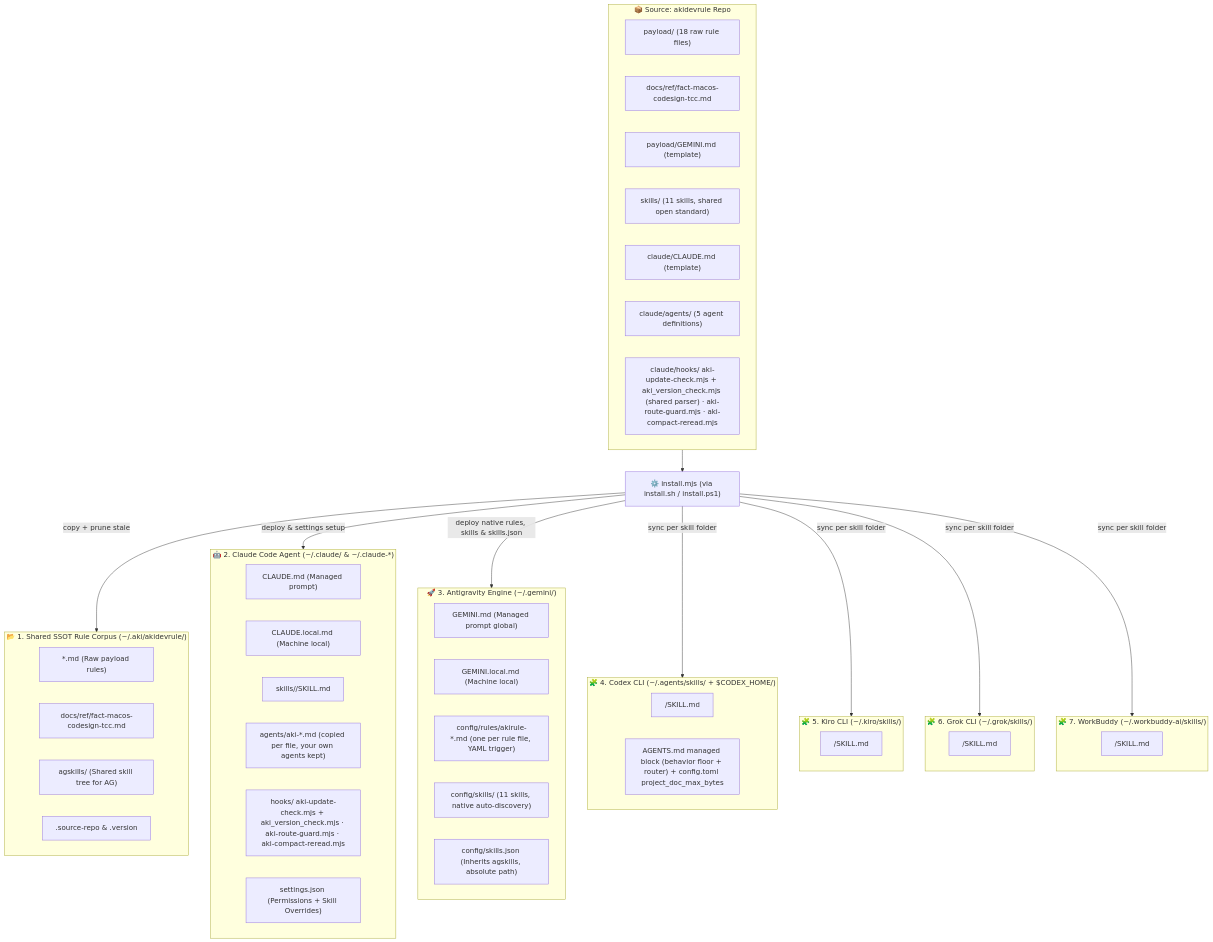
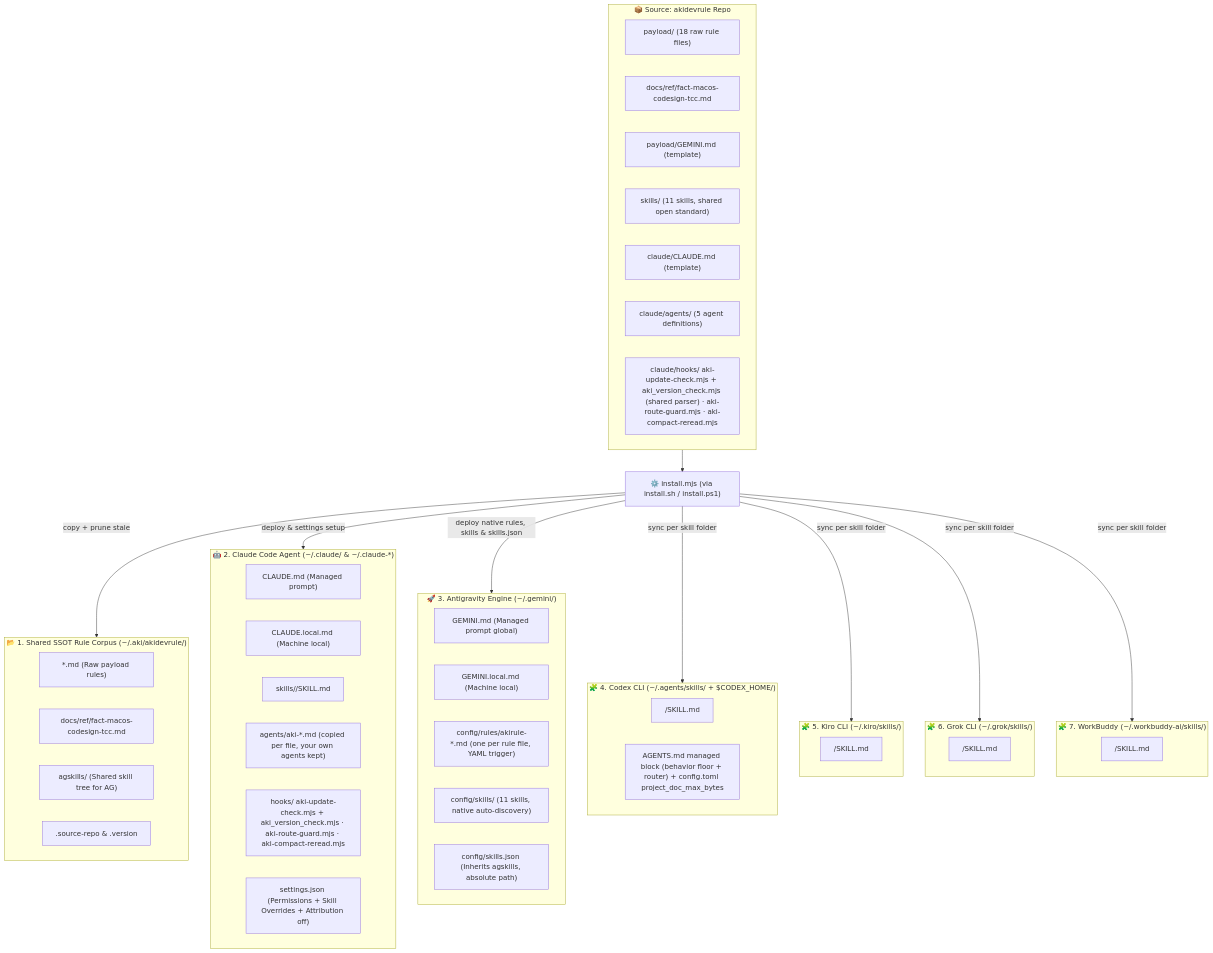
One commit to lacvietanh/akidevrule changed the diagram in README.md. Above: the diagram before and after it, drawn with Mermaid. The commit also changed other lines of this file and 10 other files, not shown here.

First line of the commit message:
feat(install): Claude Code commit and PR attribution turned off by the installer; agent.B4 shrinks to a residual, B7 attribution row dropped; records for the whole accumulation

````diff
--- a/README.md
+++ b/README.md
@@ -258,65 +263,65 @@
 ```mermaid
 flowchart TD
     subgraph SRC["📦 Source: akidevrule Repo"]
         PAYLOAD["payload/ (18 raw rule files)"]
         TCCREF["docs/ref/fact-macos-codesign-tcc.md"]
         PGEMINI["payload/GEMINI.md (template)"]
         CSKILLS["skills/ (11 skills, shared open standard)"]
         CCLAUDE["claude/CLAUDE.md (template)"]
         CAGENTS["claude/agents/ (5 agent definitions)"]
         CHOOKS["claude/hooks/ aki-update-check.mjs + aki_version_check.mjs (shared parser) · aki-route-guard.mjs · aki-compact-reread.mjs"]
     end
 
     INSTALL["⚙️ install.mjs (via install.sh / install.ps1)"]
     SRC --> INSTALL
 
     %% TARGET 1: ~/.aki/akidevrule/
     subgraph T1["📂 1. Shared SSOT Rule Corpus (~/.aki/akidevrule/)"]
         R_CORPUS["*.md (Raw payload rules)"]
         R_TCC["docs/ref/fact-macos-codesign-tcc.md"]
         R_AGSKILLS["agskills/ (Shared skill tree for AG)"]
         R_META[".source-repo & .version"]
     end
 
     %% TARGET 2: ~/.claude/ and ~/.claude-*
     subgraph T2["🤖 2. Claude Code Agent (~/.claude/ & ~/.claude-*)"]
         C_MD["CLAUDE.md (Managed prompt)"]
         C_LOCAL["CLAUDE.local.md (Machine local)"]
         C_SKILLS["skills/<skill_name>/SKILL.md"]
         C_AGENTS["agents/aki-*.md (copied per file, your own agents kept)"]
         C_HOOKS["hooks/ aki-update-check.mjs + aki_version_check.mjs · aki-route-guard.mjs · aki-compact-reread.mjs"]
-        C_SET["settings.json (Permissions + Skill Overrides)"]
+        C_SET["settings.json (Permissions + Skill Overrides + Attribution off)"]
     end
 
     %% TARGET 3: ~/.gemini/
     subgraph T3["🚀 3. Antigravity Engine (~/.gemini/)"]
         G_MD["GEMINI.md (Managed prompt global)"]
         G_LOCAL["GEMINI.local.md (Machine local)"]
         G_RULES["config/rules/akirule-*.md (one per rule file, YAML trigger)"]
         G_SKILLS["config/skills/ (11 skills, native auto-discovery)"]
         G_SJSON["config/skills.json (Inherits agskills, absolute path)"]
     end
 
     %% TARGETS 4-7: other harnesses that natively consume the SKILL.md standard
     subgraph T4["🧩 4. Codex CLI (~/.agents/skills/ + $CODEX_HOME/)"]
         X_SKILLS["<skill_name>/SKILL.md"]
         X_AGENTS["AGENTS.md managed block (behavior floor + router) + config.toml project_doc_max_bytes"]
     end
     subgraph T5["🧩 5. Kiro CLI (~/.kiro/skills/)"]
         K_SKILLS["<skill_name>/SKILL.md"]
     end
     subgraph T6["🧩 6. Grok CLI (~/.grok/skills/)"]
         R_SKILLS["<skill_name>/SKILL.md"]
     end
     subgraph T7["🧩 7. WorkBuddy (~/.workbuddy-ai/skills/)"]
         W_SKILLS["<skill_name>/SKILL.md"]
     end
 
     INSTALL -->|"copy + prune stale"| T1
     INSTALL -->|"deploy & settings setup"| T2
     INSTALL -->|"deploy native rules, skills & skills.json"| T3
     INSTALL -->|"sync per skill folder"| T4
     INSTALL -->|"sync per skill folder"| T5
     INSTALL -->|"sync per skill folder"| T6
     INSTALL -->|"sync per skill folder"| T7
 ```
````
